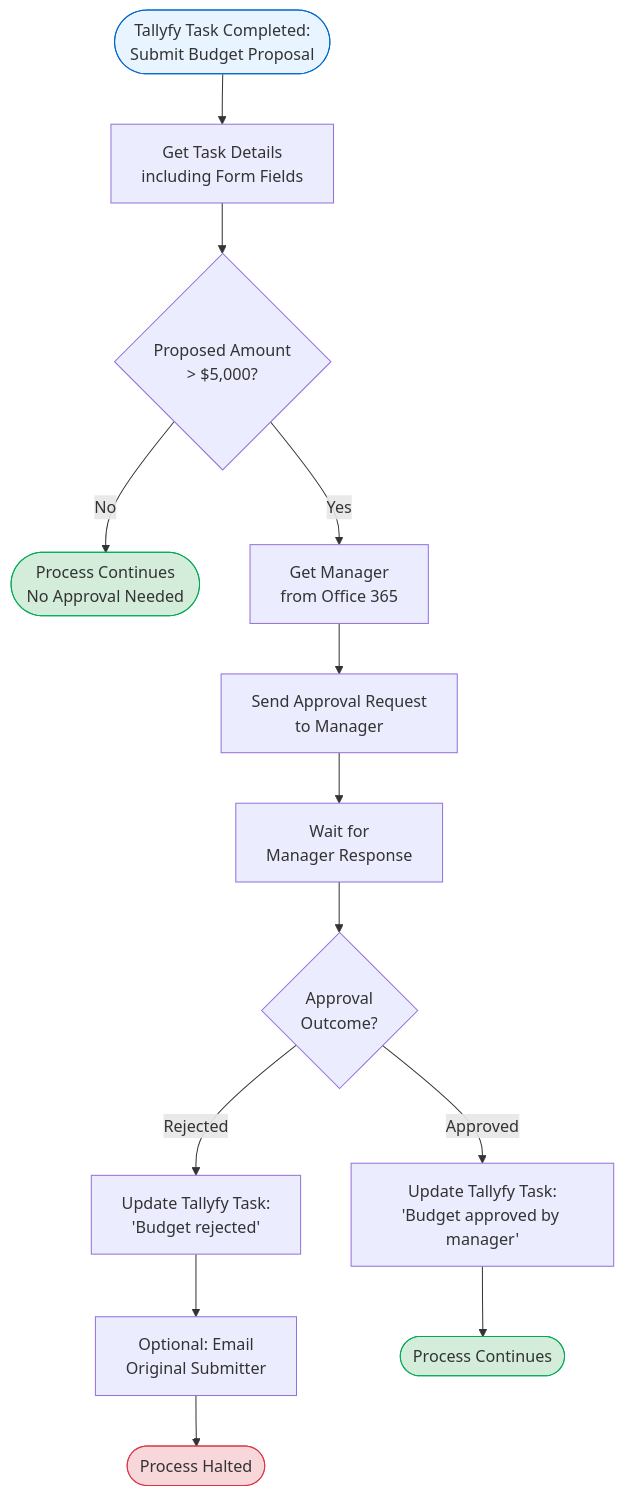
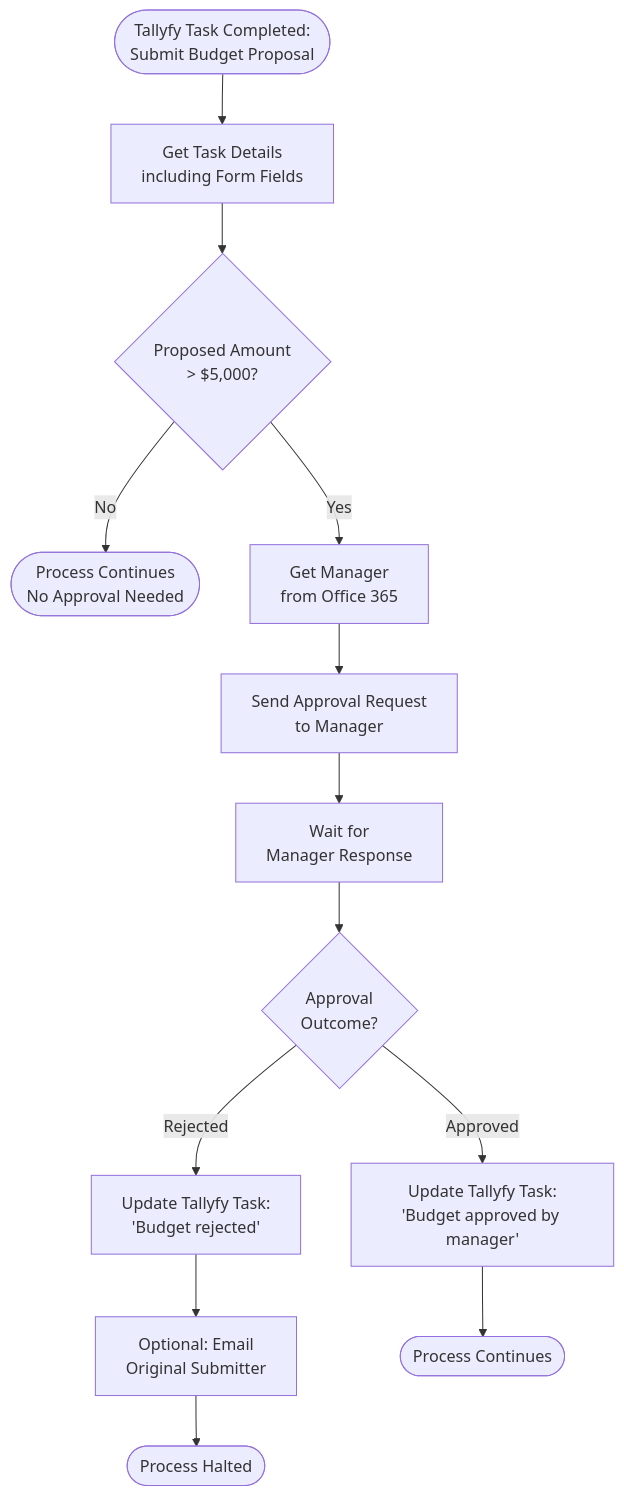
One commit to tallyfy/documentation changed the diagram in src/content/docs/pro/integrations/middleware/power-automate/building-approval-workflows-with-power-automate.mdx. Above: the diagram before and after it, drawn with Mermaid. The commit also changed 13 other files, not shown here.

First line of the commit message:
Remove style directives from Mermaid diagrams across documentation

````diff
--- a/src/content/docs/pro/integrations/middleware/power-automate/building-approval-workflows-with-power-automate.mdx
+++ b/src/content/docs/pro/integrations/middleware/power-automate/building-approval-workflows-with-power-automate.mdx
@@ -46,29 +46,25 @@
 ```mermaid
 flowchart TD
     Start([Tallyfy Task Completed:<br/>Submit Budget Proposal]) --> GetDetails[Get Task Details<br/>including Form Fields]
     GetDetails --> CheckAmount{Proposed Amount<br/>> $5,000?}
     
     CheckAmount -->|No| End1([Process Continues<br/>No Approval Needed])
     CheckAmount -->|Yes| GetManager[Get Manager<br/>from Office 365]
     
     GetManager --> SendApproval[Send Approval Request<br/>to Manager]
     SendApproval --> WaitResponse[Wait for<br/>Manager Response]
     
     WaitResponse --> CheckOutcome{Approval<br/>Outcome?}
     
     CheckOutcome -->|Approved| UpdateApproved[Update Tallyfy Task:<br/>'Budget approved by manager']
     CheckOutcome -->|Rejected| UpdateRejected[Update Tallyfy Task:<br/>'Budget rejected']
     
     UpdateRejected --> EmailSubmitter[Optional: Email<br/>Original Submitter]
     
     UpdateApproved --> End2([Process Continues])
     EmailSubmitter --> End3([Process Halted])
 
-    style Start fill:#E8F4FF,stroke:#0066CC
-    style End1 fill:#D4EDDA,stroke:#00AA55
-    style End2 fill:#D4EDDA,stroke:#00AA55
-    style End3 fill:#F8D7DA,stroke:#DC3545
     
     click GetDetails "/products/pro/tracking-and-tasks/tasks/what-are-form-fields-in-tallyfy/" "Learn about form fields"
     click SendApproval "/products/pro/integrations/middleware/power-automate/integrating-power-automate-approvals-with-microsoft-teams/" "Teams integration"
 ```
````
